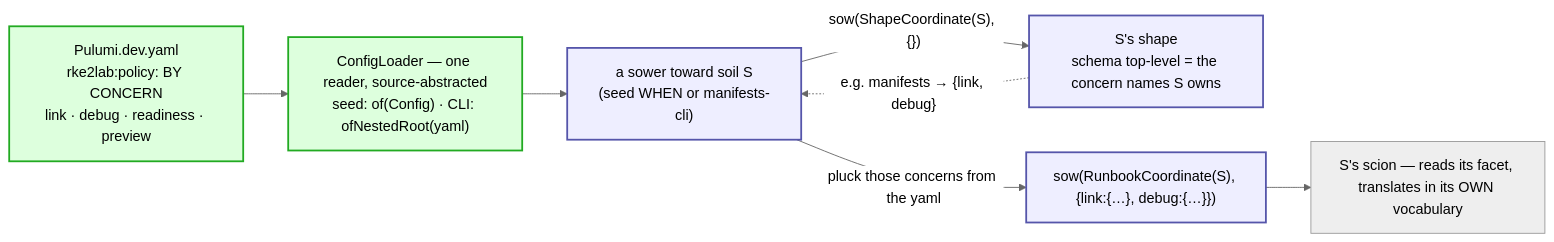
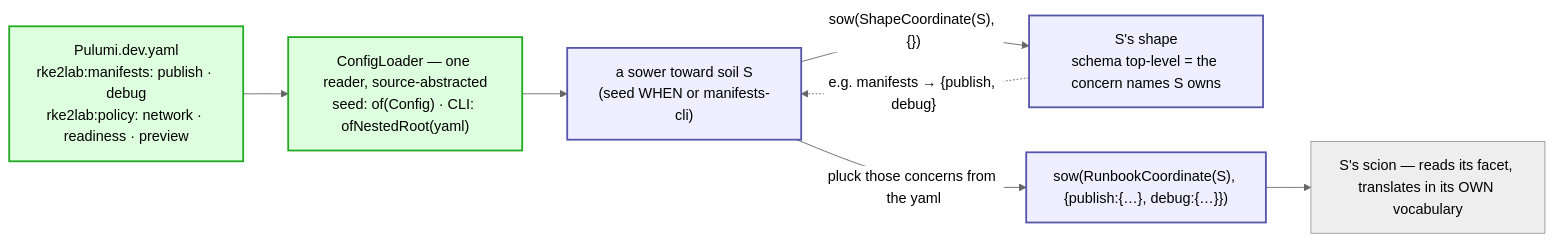
The second of 3 diagrams in docs/architecture/osgi/manifests-bdd-spec.adoc (nxmatic/rke2lab), drawn with Mermaid (neutral theme) before and after one commit. The commit also changed other lines of this file and 22 other files, not shown here.

First line of the commit message:
refactor(manifests): rename the activation facet link → publish

```diff
--- a/docs/architecture/osgi/manifests-bdd-spec.adoc
+++ b/docs/architecture/osgi/manifests-bdd-spec.adoc
@@ -132,18 +133,18 @@
 [mermaid]
 ----
 flowchart LR
-  yaml["Pulumi.dev.yaml<br/>rke2lab:policy: BY CONCERN<br/>link · debug · readiness · preview"]
+  yaml["Pulumi.dev.yaml<br/>rke2lab:manifests: publish · debug<br/>rke2lab:policy: network · readiness · preview"]
   loader["ConfigLoader — one reader, source-abstracted<br/>seed: of(Config) · CLI: ofNestedRoot(yaml)"]
   yaml --> loader
   loader --> sower["a sower toward soil S<br/>(seed WHEN or manifests-cli)"]
 
   sower -->|"sow(ShapeCoordinate(S), {})"| shape["S's shape<br/>schema top-level = the concern names S owns"]
-  shape -.->|"e.g. manifests → {link, debug}"| sower
-  sower -->|"pluck those concerns from the yaml"| trig["sow(RunbookCoordinate(S), {link:{…}, debug:{…}})"]
+  shape -.->|"e.g. manifests → {publish, debug}"| sower
+  sower -->|"pluck those concerns from the yaml"| trig["sow(RunbookCoordinate(S), {publish:{…}, debug:{…}})"]
   trig --> scion["S's scion — reads its facet, translates in its OWN vocabulary"]
 
   classDef src fill:#dfd,stroke:#2a2,stroke-width:2px;
   classDef ch fill:#eef,stroke:#55a,stroke-width:2px;
   class yaml,loader src;
   class sower,shape,trig ch;
 ----
```
